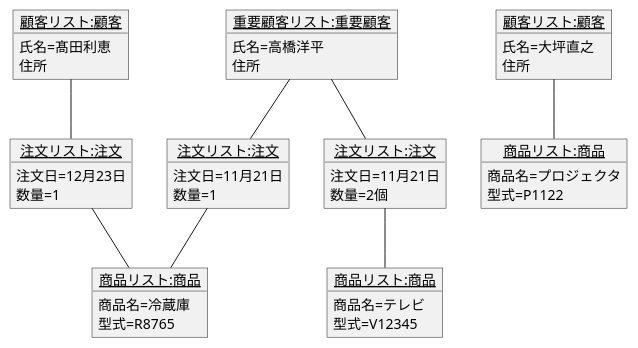
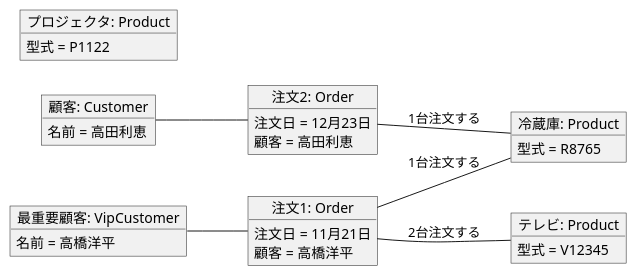
The diagram in 第三章/演習3-7_OBJ_注文のオブジェクト_2.pu (milky326/uml-introduction), drawn with PlantUML before and after one commit.

Commit message:
演習３

```diff
--- a/第三章/演習3-7_OBJ_注文のオブジェクト_2.pu
+++ b/第三章/演習3-7_OBJ_注文のオブジェクト_2.pu
@@ -1,57 +1,31 @@
-@startuml 演習3-7
-' left to right direction
-    object "<u>注文リスト:注文</u>" as order1{
-        注文日=11月21日
-        数量=2個
-    }
-    
-    object "<u>注文リスト:注文</u>" as order2{
-        注文日=11月21日
-        数量=1
-    }
-
-    object "<u>注文リスト:注文</u>" as order3{
-        注文日=12月23日
-        数量=1
-    }
-
-    object "<u>商品リスト:商品</u>" as product1{
-        商品名=テレビ
-        型式=V12345
-    }
-
-    object "<u>商品リスト:商品</u>" as product2{
-        商品名=冷蔵庫
-        型式=R8765
-    }
-
-    object "<u>商品リスト:商品</u>" as product3{
-        商品名=プロジェクタ
-        型式=P1122
-    }
-
-    object "<u>顧客リスト:顧客</u>" as customer1{
-        氏名=髙田利恵
-        住所
-    }
-
-    object "<u>顧客リスト:顧客</u>" as customer2{
-        氏名=大坪直之
-        住所
-    }
-
-    object "<u>重要顧客リスト:重要顧客</u>" as importantcustomer{
-        氏名=高橋洋平
-        住所
-    }
-
-    order1 -- product1
-    order2 -- product2
-    order3 -up- customer1
-    order3 -- product2
-    customer2 -- product3
-
-
-    importantcustomer -- order1
-    importantcustomer -- order2
+@startuml 7_OBJ_注文のオブジェクト図
+left to right direction
+object "注文1: Order" as order1 {
+    注文日 = 11月21日
+    顧客 = 高橋洋平
+}
+object "注文2: Order" as order2 {
+    注文日 = 12月23日
+    顧客 = 高田利恵
+}
+object "テレビ: Product" as tv {
+    型式 = V12345
+}
+object "冷蔵庫: Product" as fridge {
+    型式 = R8765
+}
+object "プロジェクタ: Product" as projector {
+    型式 = P1122
+}
+object "最重要顧客: VipCustomer" as vipcustomer {
+    名前 = 高橋洋平
+}
+object "顧客: Customer" as customer1 {
+    名前 = 高田利恵
+}
+vipcustomer -- order1
+customer1 -- order2
+order1 -- tv :2台注文する
+order1 -- fridge :1台注文する
+order2 -- fridge :1台注文する
 @enduml
```
